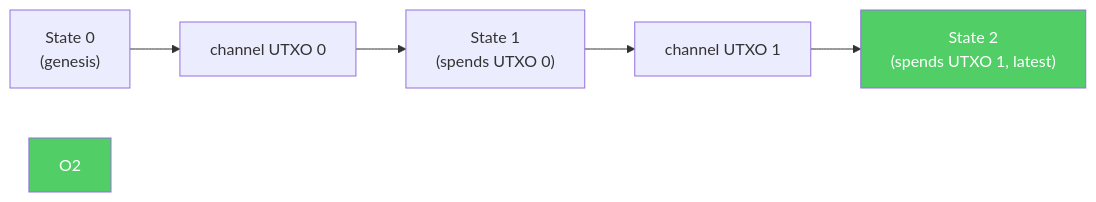
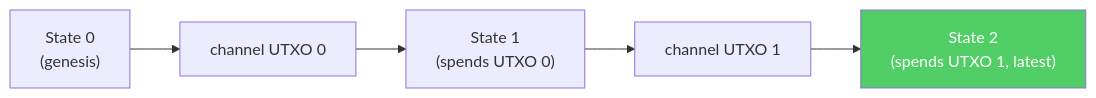
One commit to 8144225309/superscalar-docs changed the diagram in extensions/pseudo-spilman-leaves.md. Above: the diagram before and after it, drawn with Mermaid. The commit also changed other lines of this file and 28 other files, not shown here.

First line of the commit message:
docs: full overhaul — accuracy + PS-leaf diagrams + drift fixes + operational-security (#27)

````diff
--- a/extensions/pseudo-spilman-leaves.md
+++ b/extensions/pseudo-spilman-leaves.md
@@ -11,10 +11,9 @@
 ```mermaid
 graph LR
     S0["State 0<br/>(genesis)"] --> O0["channel UTXO 0"]
     O0 --> S1["State 1<br/>(spends UTXO 0)"]
     S1 --> O1["channel UTXO 1"]
     O1 --> S2["State 2<br/>(spends UTXO 1, latest)"]
 
     style S2 fill:#51cf66,color:#fff
-    style O2 fill:#51cf66,color:#fff
 ```
````
